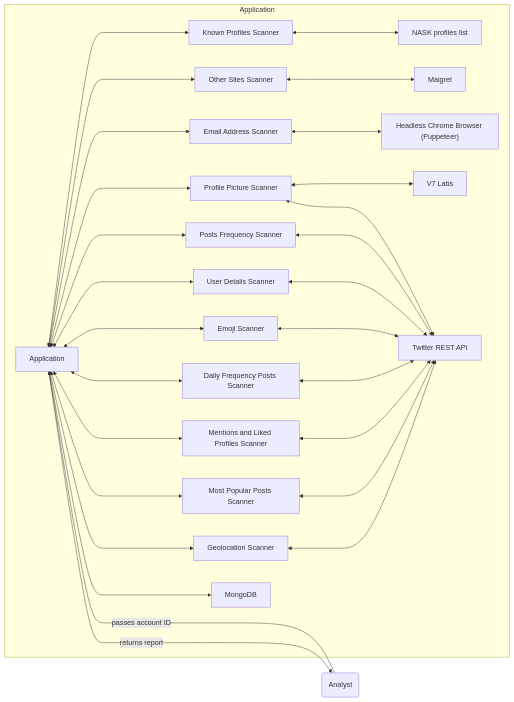
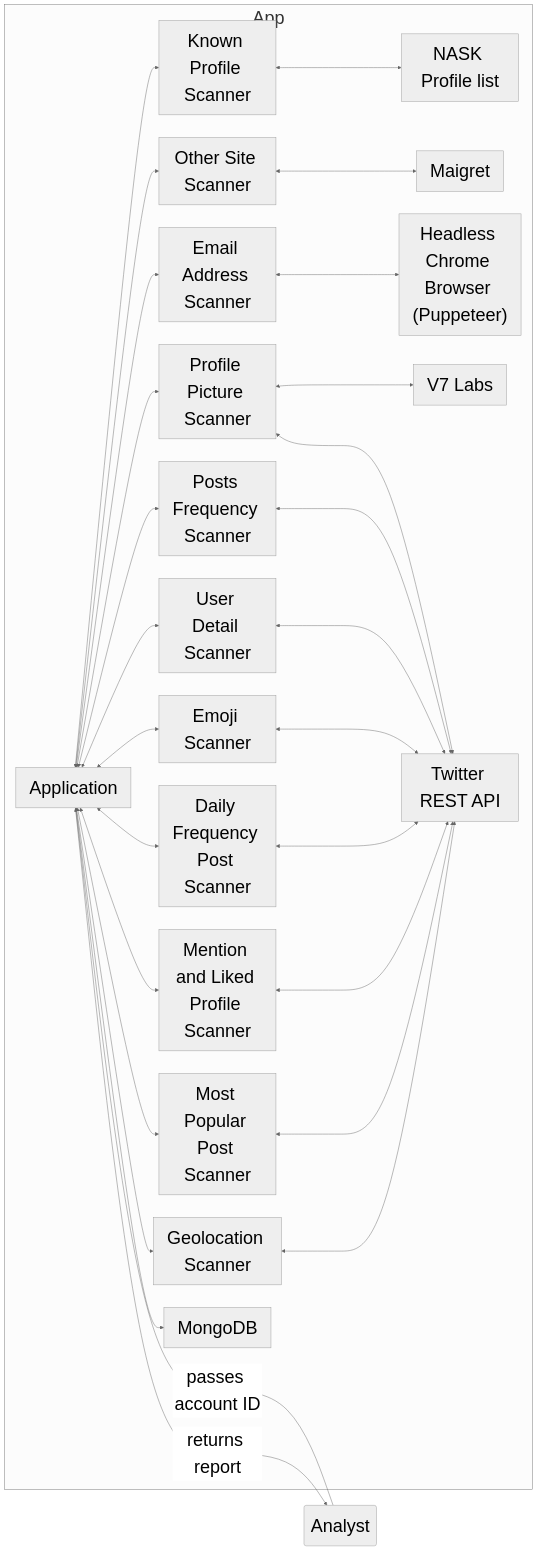
Before and after one commit to elszczepano/master-thesis-automation: the first of 2 diagrams in README.md, drawn with Mermaid.

Commit message:
Update Application diagram

````diff
--- a/README.md
+++ b/README.md
@@ -29,31 +29,40 @@
 ```mermaid
+%%{
+  init: {
+    'theme': 'neutral',
+    'themeVariables': {
+      'fontSize': '40px'
+    }
+  }
+}%%
+
 flowchart RL
-    A(Analyst) -- passes account ID ----> B[Application]
+    A(Analyst) -- passes account ID ---> B[Application]
     B -- returns report --> A
-    subgraph Application
-        C[Email Address Scanner] <---> B
-        E[Posts Frequency Scanner] <---> B
-        F[User Details Scanner] <---> B
-        G[Emoji Scanner] <---> B
-        K[Daily Frequency Posts Scanner]  <---> B
-        L[Mentions and Liked Profiles Scanner]  <---> B
-        D[Profile Picture Scanner] <---> B
-        N[Known Profiles Scanner] <---> B
-        O[NASK profiles list] <---> N
-        R[Other Sites Scanner] <---> B
+    subgraph App
+        C[Email Address Scanner] <--> B
+        E[Posts Frequency Scanner] <--> B
+        F[User Detail Scanner] <--> B
+        G[Emoji Scanner] <--> B
+        K[Daily Frequency Post Scanner]  <--> B
+        L[Mention and Liked Profile Scanner]  <--> B
+        D[Profile Picture Scanner] <--> B
+        N[Known Profile Scanner] <--> B
+        O[NASK Profile list] <---> N
+        R[Other Site Scanner] <--> B
         S[Maigret] <---> R
-        T[Most Popular Posts Scanner] <---> B
-        U[Geolocation Scanner] <---> B
-        M[MongoDB] <---> B
+        T[Most Popular Post Scanner] <--> B
+        U[Geolocation Scanner] <--> B
+        M[MongoDB] <--> B
         H["Headless Chrome Browser (Puppeteer)"] <---> C
         I[V7 Labs] <---> D
         J[Twitter REST API] <---> D
         J <---> E
         J <---> F
         J <---> G
         J <---> K
         J <---> L
         J <---> T
         J <---> U
     end
 ```
````
